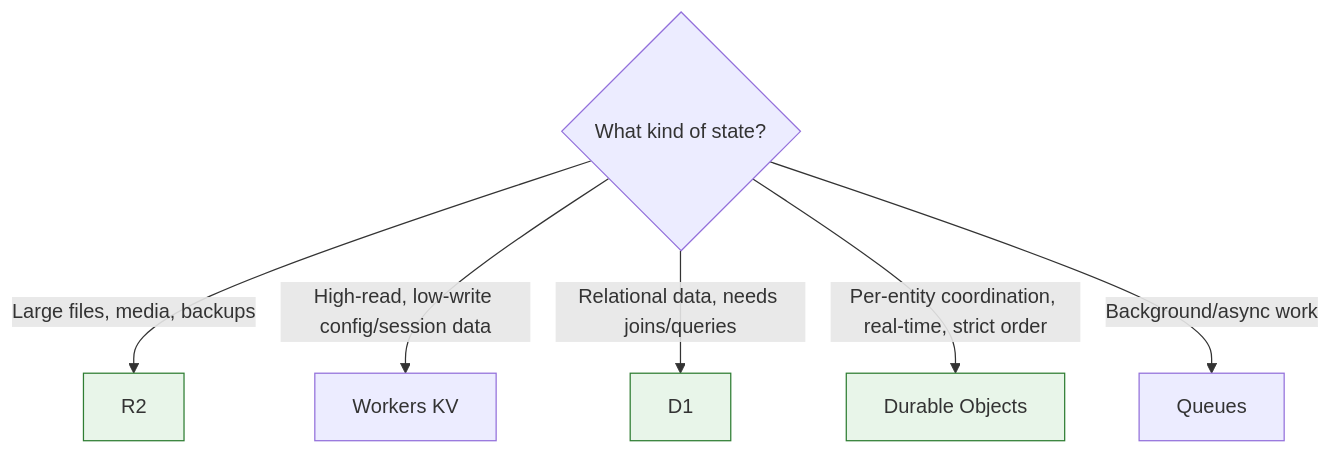
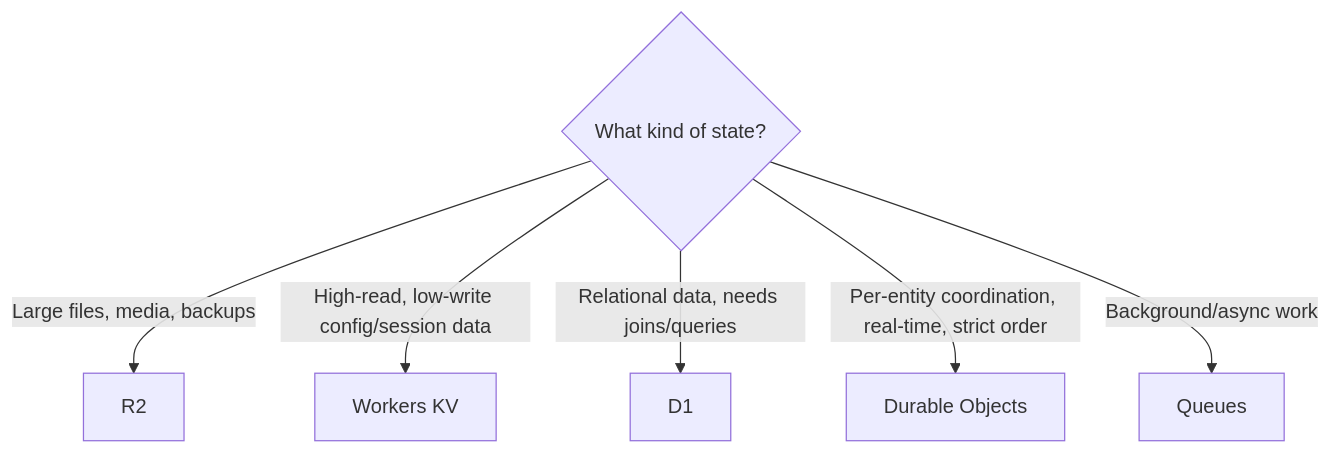
The diagram in docs/adopt/developer-platform.md (kevinevans1/cloudflare-adoption-framework), drawn with Mermaid before and after one commit. The commit also changed 12 other files, not shown here.

Commit message:
Remove hardcoded Mermaid node colors causing readability issues; let diagrams use Material's theme-aware rendering

````diff
--- a/docs/adopt/developer-platform.md
+++ b/docs/adopt/developer-platform.md
@@ -12,12 +12,9 @@
 ```mermaid
 flowchart TD
     A{What kind of state?} -->|Large files, media, backups| R2[R2]
     A -->|High-read, low-write config/session data| KV[Workers KV]
     A -->|Relational data, needs joins/queries| D1[D1]
     A -->|Per-entity coordination, real-time, strict order| DO[Durable Objects]
     A -->|Background/async work| Q[Queues]
 
-    style R2 fill:#e8f5e9,stroke:#2e7d32,stroke-width:1px
-    style D1 fill:#e8f5e9,stroke:#2e7d32,stroke-width:1px
-    style DO fill:#e8f5e9,stroke:#2e7d32,stroke-width:1px
 ```
````
